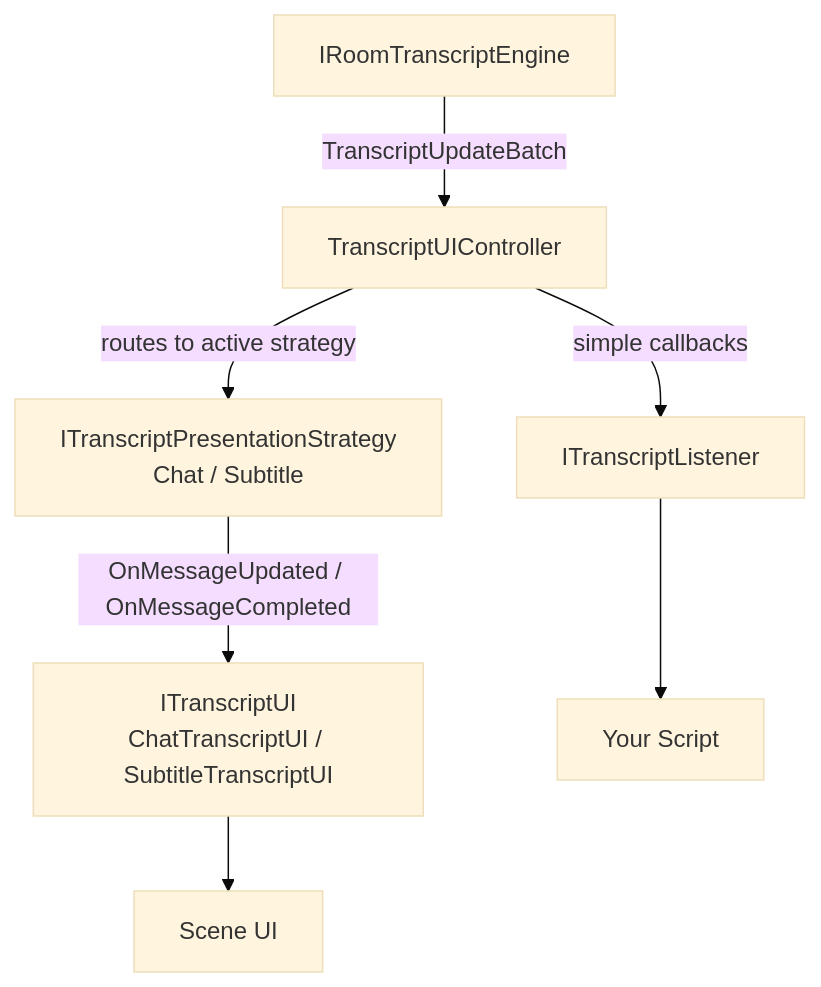
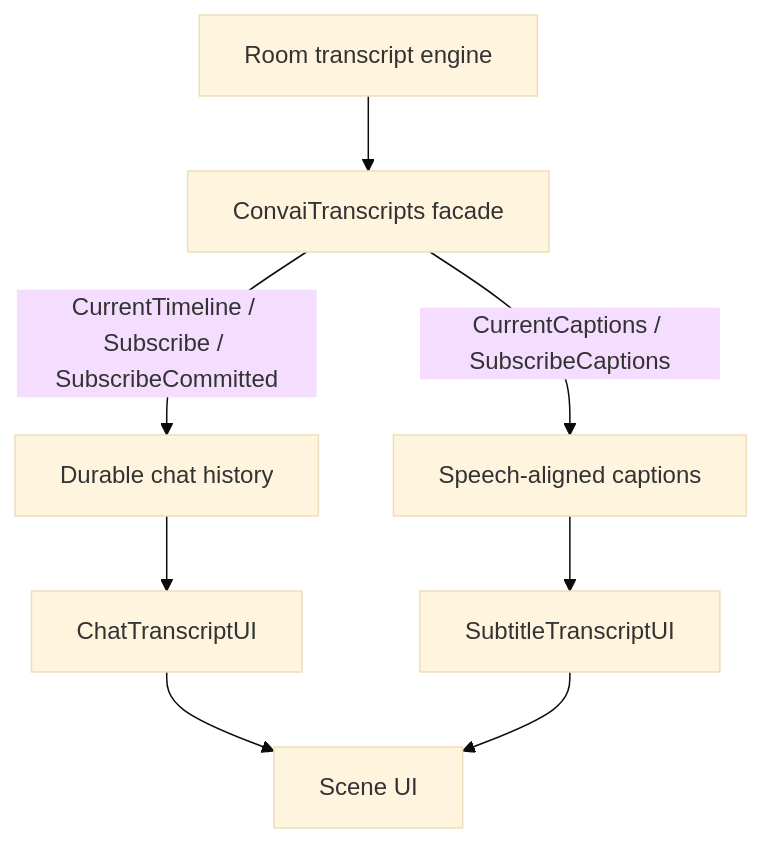
The diagram in plugins-and-integrations/convai-unity-sdk/ui-and-presentation/transcript-ui/README.md (Conv-AI/Convai-Documentation), drawn with Mermaid (base theme) before and after one commit. The commit also changed other lines of this file and 6 other files, not shown here.

First line of the commit message:
docs(unity): rewrite transcript system docs for the v4.4.0 timeline model

````diff
--- a/plugins-and-integrations/convai-unity-sdk/ui-and-presentation/transcript-ui/README.md
+++ b/plugins-and-integrations/convai-unity-sdk/ui-and-presentation/transcript-ui/README.md
@@ -17,9 +19,10 @@
 ```mermaid
 graph TD
-    A[IRoomTranscriptEngine] -->|TranscriptUpdateBatch| B[TranscriptUIController]
-    B -->|routes to active strategy| C[ITranscriptPresentationStrategy\nChat / Subtitle]
-    C -->|OnMessageUpdated / OnMessageCompleted| D[ITranscriptUI\nChatTranscriptUI / SubtitleTranscriptUI]
-    D --> E[Scene UI]
-    B -->|simple callbacks| F[ITranscriptListener]
-    F --> G[Your Script]
+    A[Room transcript engine] --> B[ConvaiTranscripts facade]
+    B -->|CurrentTimeline / Subscribe / SubscribeCommitted| C[Durable chat history]
+    B -->|CurrentCaptions / SubscribeCaptions| D[Speech-aligned captions]
+    C --> E[ChatTranscriptUI]
+    D --> F[SubtitleTranscriptUI]
+    E --> G[Scene UI]
+    F --> G[Scene UI]
 ```
````
